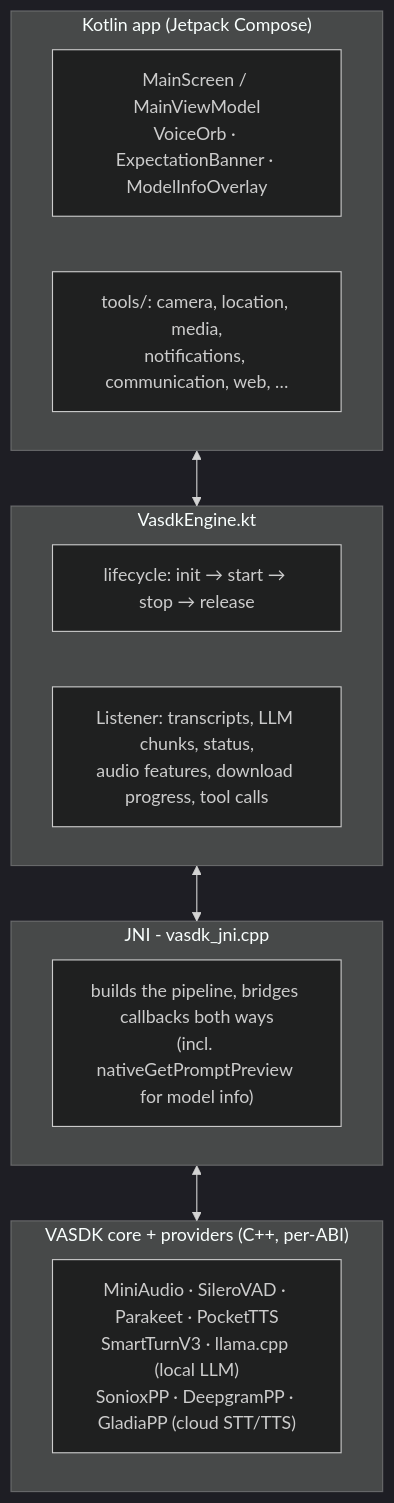
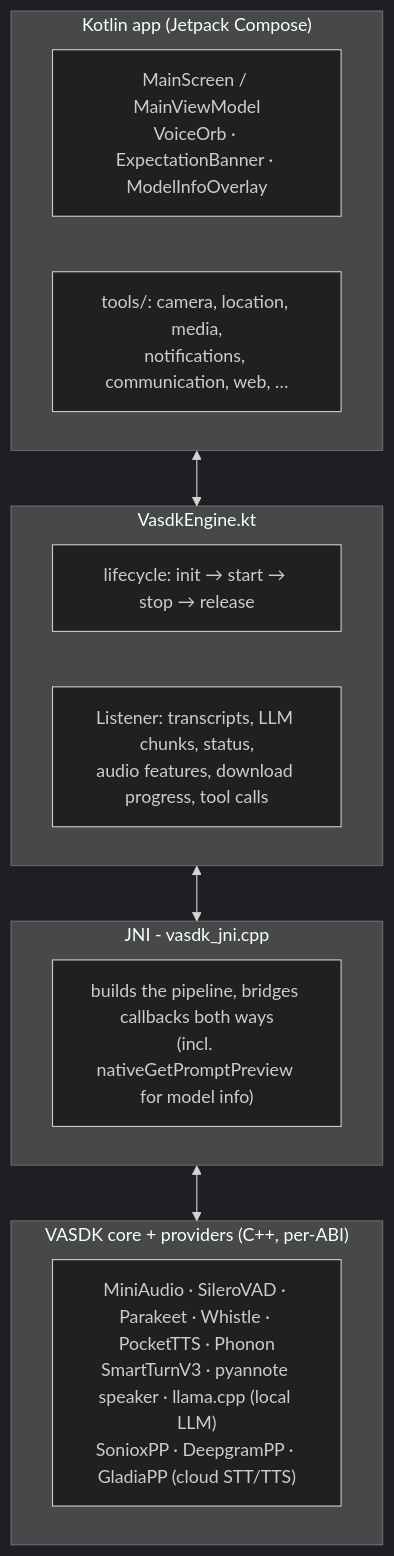
The first of 4 diagrams in VASDK_ANDROID/README.md (fatehmtd/VASDK), drawn with Mermaid (dark theme) before and after one commit. The commit also changed other lines of this file and 8 other files, not shown here.

First line of the commit message:
feat: Add Whistle STT, Phonon TTS and speaker tracking to Android

````diff
--- a/VASDK_ANDROID/README.md
+++ b/VASDK_ANDROID/README.md
@@ -7,21 +7,21 @@
 ```mermaid
 flowchart TB
     subgraph Kotlin["Kotlin app (Jetpack Compose)"]
         UI["MainScreen / MainViewModel<br/>VoiceOrb · ExpectationBanner · ModelInfoOverlay"]
         Tools["tools/: camera, location, media,<br/>notifications, communication, web, …"]
     end
     subgraph Engine["VasdkEngine.kt"]
         Lifecycle["lifecycle: init → start → stop → release"]
         Listener["Listener: transcripts, LLM chunks, status,<br/>audio features, download progress, tool calls"]
     end
     subgraph JNI["JNI - vasdk_jni.cpp"]
         Bridge["builds the pipeline, bridges callbacks both ways<br/>(incl. nativeGetPromptPreview for model info)"]
     end
     subgraph Native["VASDK core + providers (C++, per-ABI)"]
-        Providers["MiniAudio · SileroVAD · Parakeet · PocketTTS<br/>SmartTurnV3 · llama.cpp (local LLM)<br/>SonioxPP · DeepgramPP · GladiaPP (cloud STT/TTS)"]
+        Providers["MiniAudio · SileroVAD · Parakeet · Whistle · PocketTTS · Phonon<br/>SmartTurnV3 · pyannote speaker · llama.cpp (local LLM)<br/>SonioxPP · DeepgramPP · GladiaPP (cloud STT/TTS)"]
     end
 
     Kotlin <--> Engine
     Engine <--> JNI
     JNI <--> Native
 ```
````
